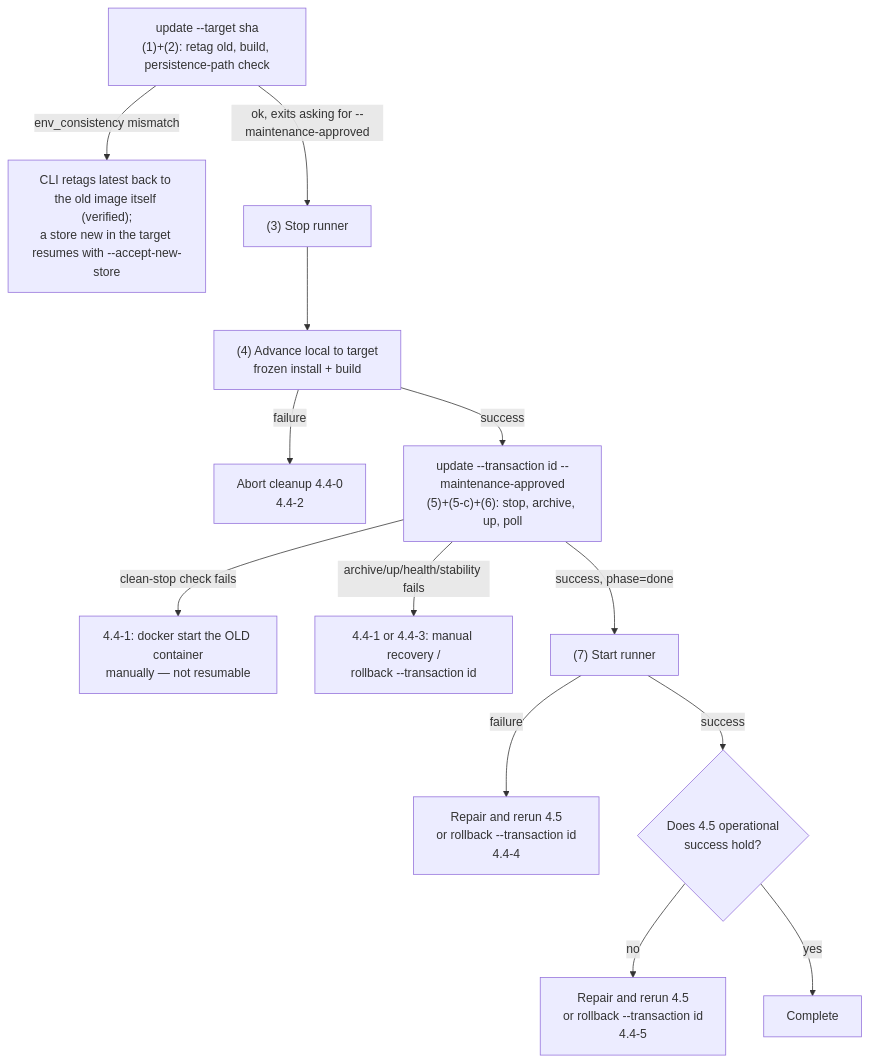
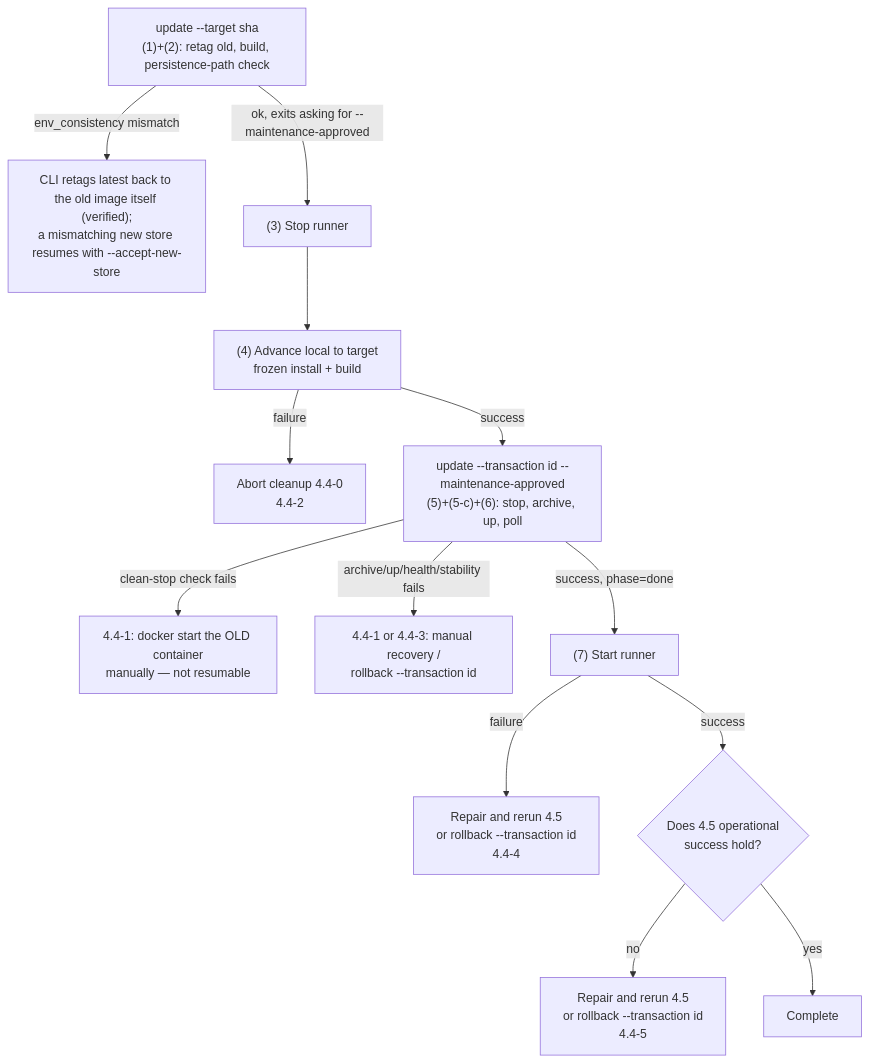
One commit to sakuraiyuta/kaoiro changed the diagram in docs/operations/server-update-and-rollback.md. Above: the diagram before and after it, drawn with Mermaid. The commit also changed other lines of this file, not shown here.

First line of the commit message:
docs(deploy): limit the new-store wording to mismatches and record the 5-b resume gap

````diff
--- a/docs/operations/server-update-and-rollback.md
+++ b/docs/operations/server-update-and-rollback.md
@@ -164,15 +168,15 @@
 ```mermaid
 flowchart TD
-  A["update --target sha<br/>(1)+(2): retag old, build, persistence-path check"] -->|env_consistency mismatch| R0["CLI retags latest back to the old image itself (verified);<br/>a store new in the target resumes with --accept-new-store"]
+  A["update --target sha<br/>(1)+(2): retag old, build, persistence-path check"] -->|env_consistency mismatch| R0["CLI retags latest back to the old image itself (verified);<br/>a mismatching new store resumes with --accept-new-store"]
   A -->|ok, exits asking for --maintenance-approved| C["(3) Stop runner"]
   C --> D["(4) Advance local to target<br/>frozen install + build"]
   D -->|failure| R1["Abort cleanup 4.4-0<br/>4.4-2"]
   D -->|success| E["update --transaction id --maintenance-approved<br/>(5)+(5-c)+(6): stop, archive, up, poll"]
   E -->|clean-stop check fails| R5["4.4-1: docker start the OLD container<br/>manually — not resumable"]
   E -->|archive/up/health/stability fails| R3["4.4-1 or 4.4-3: manual recovery /<br/>rollback --transaction id"]
   E -->|success, phase=done| H["(7) Start runner"]
   H -->|failure| R4["Repair and rerun 4.5<br/>or rollback --transaction id<br/>4.4-4"]
   H -->|success| I{"Does 4.5 operational<br/>success hold?"}
   I -->|no| R6["Repair and rerun 4.5<br/>or rollback --transaction id<br/>4.4-5"]
   I -->|yes| Z["Complete"]
 ```
````
